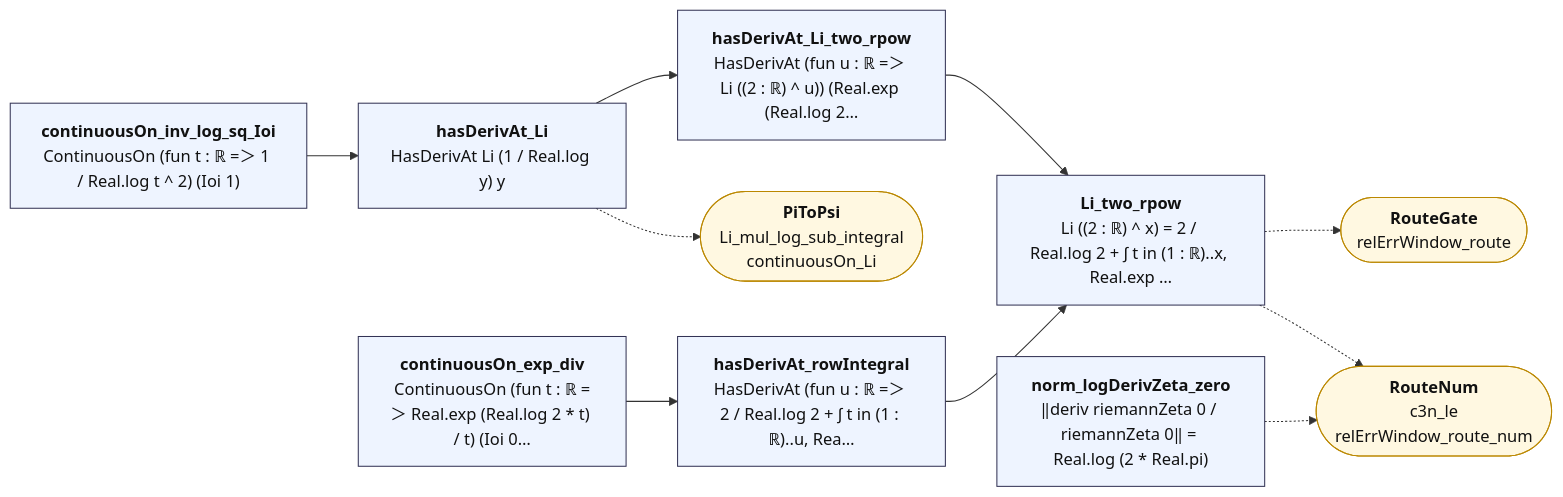
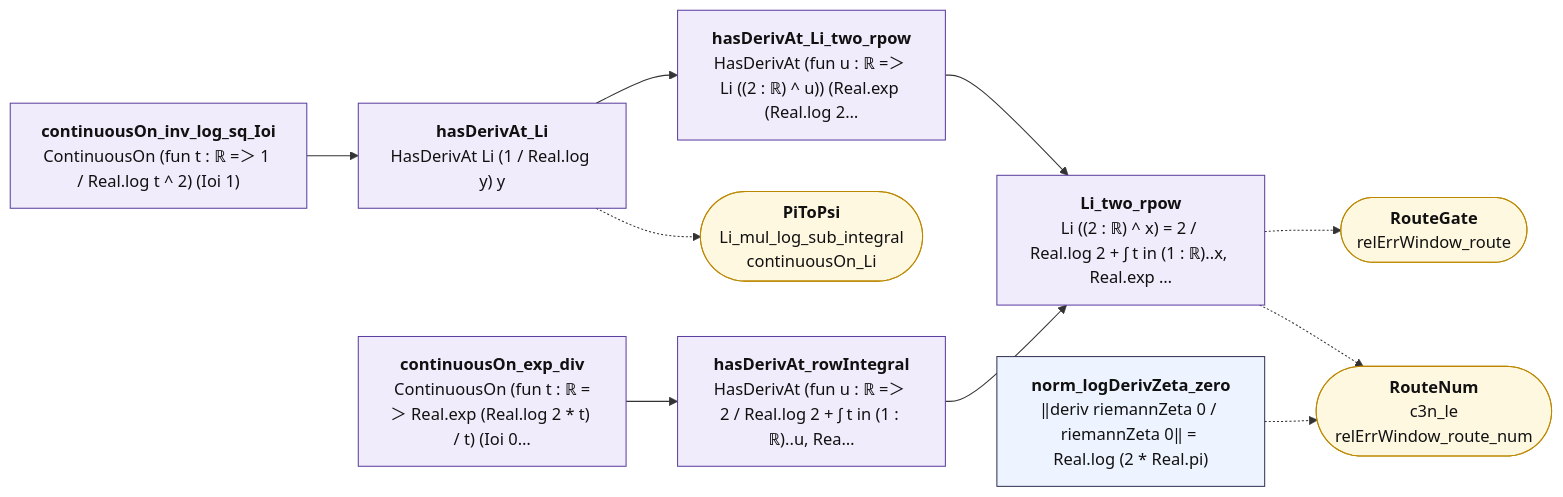
Before and after one commit to juliansambranojr/Primebeat_081426: the diagram in map/lean_stage3/RowLeaves.md, drawn with Mermaid. The commit also changed other lines of this file and 398 other files, not shown here.

````diff
--- a/map/lean_stage3/RowLeaves.md
+++ b/map/lean_stage3/RowLeaves.md
@@ -12,27 +12,30 @@
 ```mermaid
 flowchart LR
-  n0["<b>continuousOn_inv_log_sq_Ioi</b><br/>ContinuousOn (fun t : ℝ =＞ 1 / Real.log t ^ 2) (Ioi 1)"]:::thm
-  n1["<b>hasDerivAt_Li</b><br/>HasDerivAt Li (1 / Real.log y) y"]:::thm
-  n2["<b>hasDerivAt_Li_two_rpow</b><br/>HasDerivAt (fun u : ℝ =＞ Li ((2 : ℝ) ^ u)) (Real.exp (Real.log 2…"]:::thm
-  n3["<b>continuousOn_exp_div</b><br/>ContinuousOn (fun t : ℝ =＞ Real.exp (Real.log 2 * t) / t) (Ioi 0…"]:::thm
-  n4["<b>hasDerivAt_rowIntegral</b><br/>HasDerivAt (fun u : ℝ =＞ 2 / Real.log 2 + ∫ t in (1 : ℝ)..u, Rea…"]:::thm
-  n5["<b>Li_two_rpow</b><br/>Li ((2 : ℝ) ^ x) = 2 / Real.log 2 + ∫ t in (1 : ℝ)..x, Real.exp …"]:::thm
+  n0["<b>continuousOn_inv_log_sq_Ioi</b><br/>ContinuousOn (fun t : ℝ =＞ 1 / Real.log t ^ 2) (Ioi 1)"]:::shp
+  n1["<b>hasDerivAt_Li</b><br/>HasDerivAt Li (1 / Real.log y) y"]:::shp
+  n2["<b>hasDerivAt_Li_two_rpow</b><br/>HasDerivAt (fun u : ℝ =＞ Li ((2 : ℝ) ^ u)) (Real.exp (Real.log 2…"]:::shp
+  n3["<b>continuousOn_exp_div</b><br/>ContinuousOn (fun t : ℝ =＞ Real.exp (Real.log 2 * t) / t) (Ioi 0…"]:::shp
+  n4["<b>hasDerivAt_rowIntegral</b><br/>HasDerivAt (fun u : ℝ =＞ 2 / Real.log 2 + ∫ t in (1 : ℝ)..u, Rea…"]:::shp
+  n5["<b>Li_two_rpow</b><br/>Li ((2 : ℝ) ^ x) = 2 / Real.log 2 + ∫ t in (1 : ℝ)..x, Real.exp …"]:::shp
   n6["<b>norm_logDerivZeta_zero</b><br/>‖deriv riemannZeta 0 / riemannZeta 0‖ = Real.log (2 * Real.pi)"]:::thm
   x0(["<b>PiToPsi</b><br/>Li_mul_log_sub_integral<br/>continuousOn_Li"]):::ext
   x1(["<b>RouteGate</b><br/>relErrWindow_route"]):::ext
   x2(["<b>RouteNum</b><br/>c3n_le<br/>relErrWindow_route_num"]):::ext
   n0 --> n1
   n1 --> n2
   n2 --> n5
   n3 --> n4
   n4 --> n5
   n1 -.-> x0
   n5 -.-> x1
   n5 -.-> x2
   n6 -.-> x2
+  classDef cnt fill:#dff5ec,stroke:#17694a,color:#111
+  classDef shp fill:#f1ecfb,stroke:#5b3fa0,color:#111
+  classDef rh fill:#ffe5e5,stroke:#c22,color:#111,stroke-width:2px
   classDef thm fill:#eef4ff,stroke:#335,color:#111
   classDef end_ fill:#e7f7e7,stroke:#2a7,color:#111,stroke-width:2px
   classDef lone fill:#fff,stroke:#999,color:#111,stroke-dasharray:4 3
   classDef bad fill:#ffe5e5,stroke:#c22,color:#111,stroke-width:2px
   classDef ext fill:#fff8e1,stroke:#b80,color:#111
 ```
````
